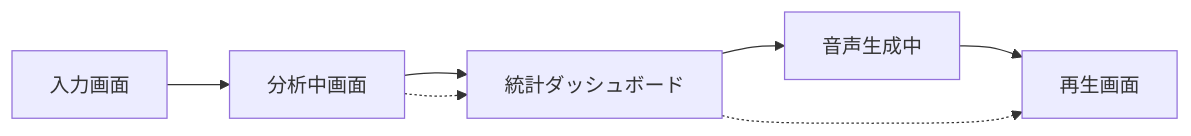
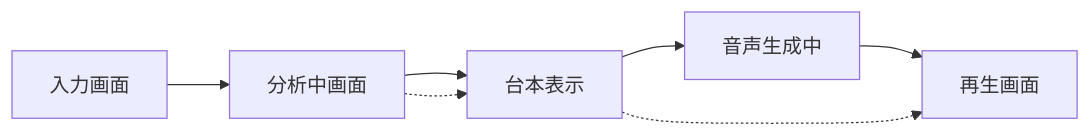
The diagram in docs/cloud-run-requirements.md (henteko/personalcast), drawn with Mermaid before and after one commit. The commit also changed other lines of this file and 1 other file, not shown here.

````diff
--- a/docs/cloud-run-requirements.md
+++ b/docs/cloud-run-requirements.md
@@ -444,10 +394,10 @@
 ```mermaid
 graph LR
     A[入力画面] --> B[分析中画面]
-    B --> C[統計ダッシュボード]
+    B --> C[台本表示]
     C --> D[音声生成中]
     D --> E[再生画面]
     
     B -.-> C
     C -.-> E
 ```
````
